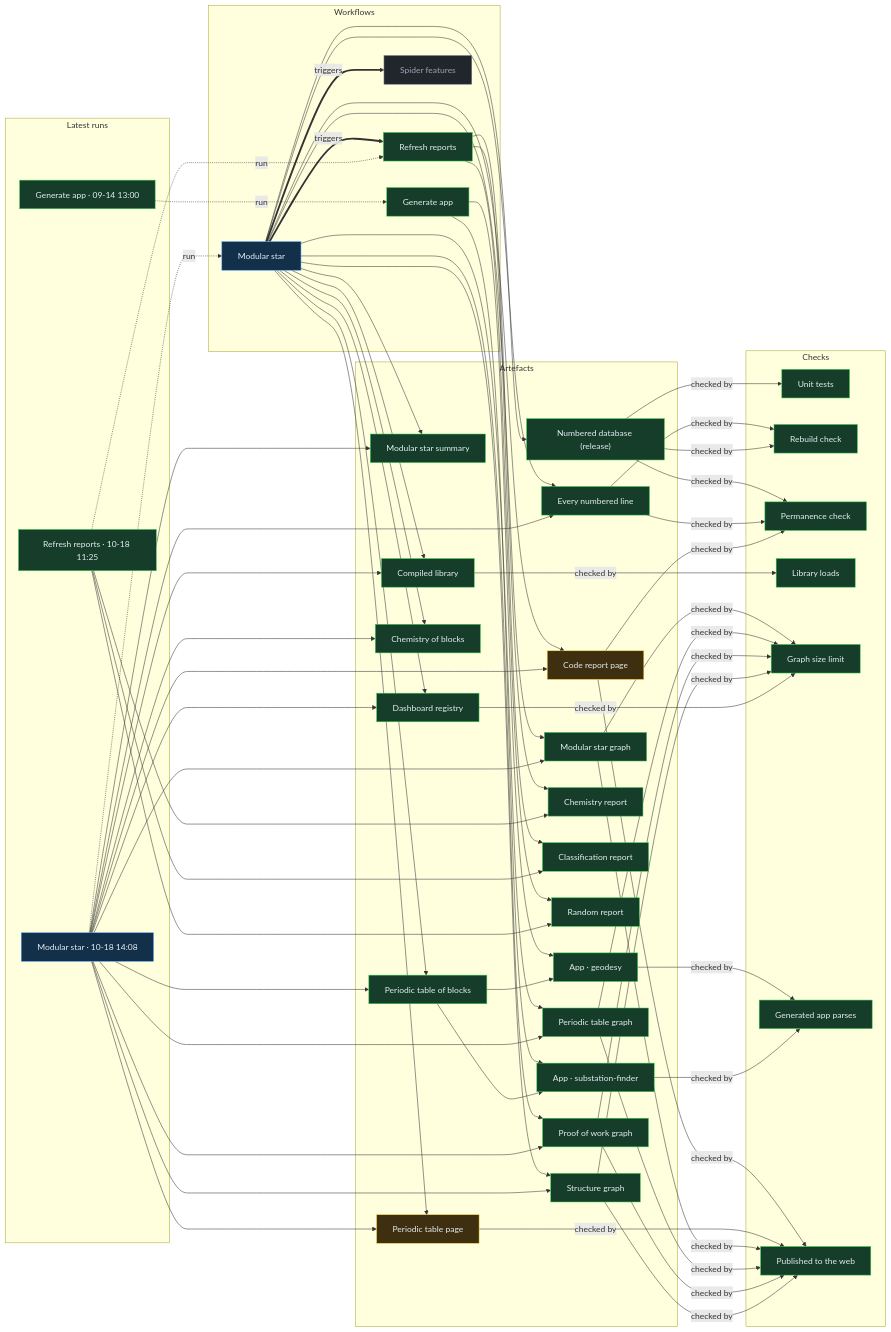
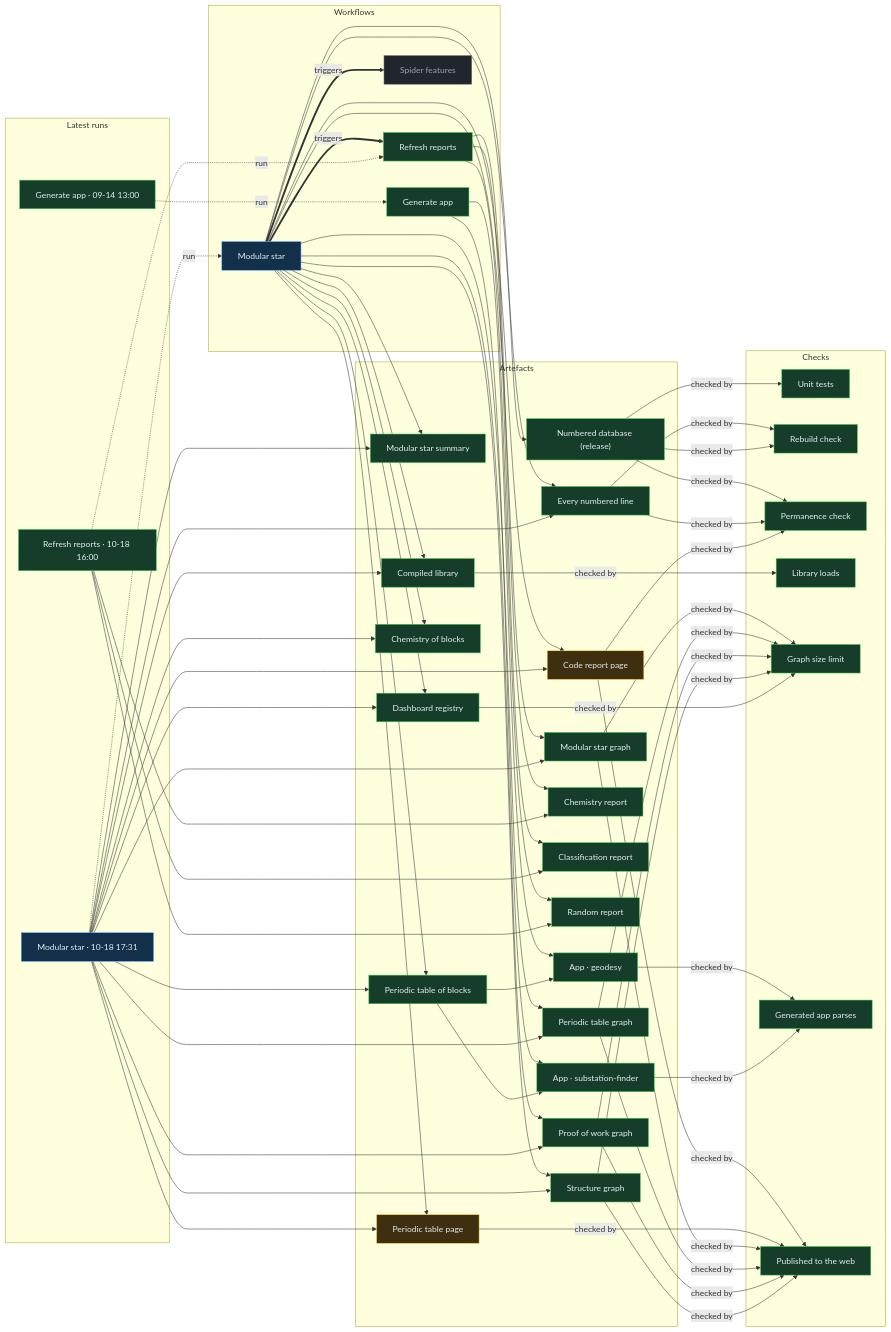
Before and after one commit to Ventusltd/stars: the diagram in proof/PROOF.md, drawn with Mermaid. The commit also changed other lines of this file and 44 other files, not shown here.

Commit message:
Modular star 2026-10-18T17:34Z

```diff
--- a/proof/PROOF.md
+++ b/proof/PROOF.md
@@ -24,8 +24,8 @@
   n_wf_spider_features["Spider features"]:::off
   end
   subgraph g_runs["Latest runs"]
-  n_run_39134628306["Modular star · 10-18 14:08"]:::live
-  n_run_39123206137["Refresh reports · 10-18 11:25"]:::ok
+  n_run_39149976531["Modular star · 10-18 17:31"]:::live
+  n_run_39143035955["Refresh reports · 10-18 16:00"]:::ok
   n_run_34846587798["Generate app · 09-14 13:00"]:::ok
   end
   subgraph g_artefacts["Artefacts"]
@@ -59,39 +59,39 @@
   end
   n_wf_modular_star == triggers ==> n_wf_refresh
   n_wf_modular_star == triggers ==> n_wf_spider_features
-  n_run_39134628306 -. run .-> n_wf_modular_star
-  n_run_39123206137 -. run .-> n_wf_refresh
+  n_run_39149976531 -. run .-> n_wf_modular_star
+  n_run_39143035955 -. run .-> n_wf_refresh
   n_run_34846587798 -. run .-> n_wf_generate
   n_wf_modular_star --> n_art_summary
-  n_run_39134628306 --> n_art_summary
+  n_run_39149976531 --> n_art_summary
   n_wf_modular_star --> n_art_lines
-  n_run_39134628306 --> n_art_lines
+  n_run_39149976531 --> n_art_lines
   n_wf_modular_star --> n_art_code
-  n_run_39134628306 --> n_art_code
+  n_run_39149976531 --> n_art_code
   n_wf_modular_star --> n_art_modular_graph
-  n_run_39134628306 --> n_art_modular_graph
+  n_run_39149976531 --> n_art_modular_graph
   n_wf_modular_star --> n_art_blocks
-  n_run_39134628306 --> n_art_blocks
+  n_run_39149976531 --> n_art_blocks
   n_wf_modular_star --> n_art_table
-  n_run_39134628306 --> n_art_table
+  n_run_39149976531 --> n_art_table
   n_wf_modular_star --> n_art_blocks_graph
-  n_run_39134628306 --> n_art_blocks_graph
+  n_run_39149976531 --> n_art_blocks_graph
   n_wf_modular_star --> n_art_reactions
-  n_run_39134628306 --> n_art_reactions
+  n_run_39149976531 --> n_art_reactions
   n_wf_modular_star --> n_art_library
-  n_run_39134628306 --> n_art_library
+  n_run_39149976531 --> n_art_library
   n_wf_modular_star --> n_art_features
-  n_run_39134628306 --> n_art_features
+  n_run_39149976531 --> n_art_features
   n_wf_modular_star --> n_art_proof
-  n_run_39134628306 --> n_art_proof
+  n_run_39149976531 --> n_art_proof
   n_wf_modular_star --> n_art_structure
-  n_run_39134628306 --> n_art_structure
+  n_run_39149976531 --> n_art_structure
   n_wf_refresh --> n_art_chemistry
-  n_run_39123206137 --> n_art_chemistry
+  n_run_39143035955 --> n_art_chemistry
   n_wf_refresh --> n_art_vedic
-  n_run_39123206137 --> n_art_vedic
+  n_run_39143035955 --> n_art_vedic
   n_wf_refresh --> n_art_random
-  n_run_39123206137 --> n_art_random
+  n_run_39143035955 --> n_art_random
   n_wf_modular_star --> n_art_release
   n_wf_generate --> n_app_geodesy
   n_art_blocks --> n_app_geodesy
```
